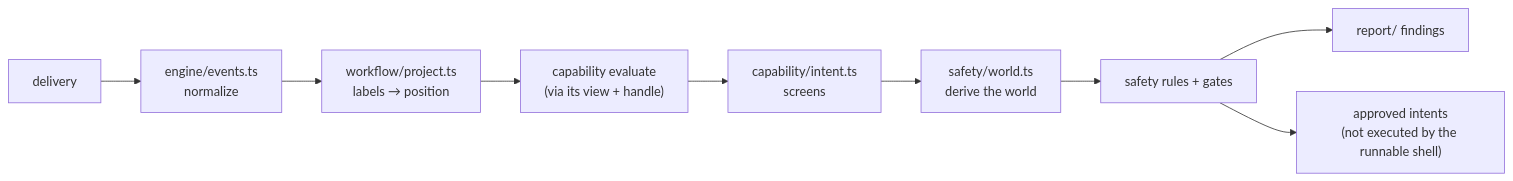
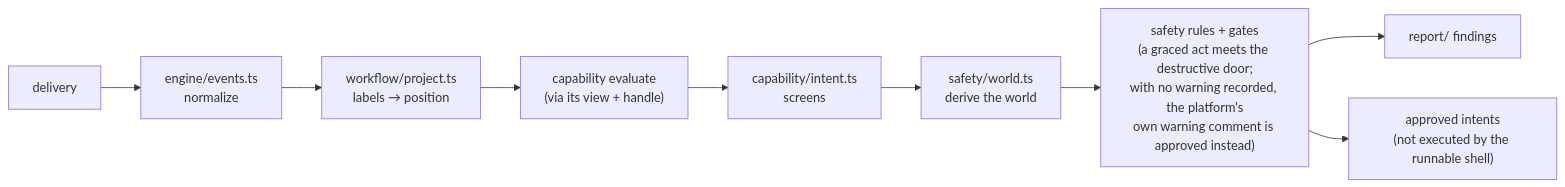
Before and after one commit to exploreriii/sdk-automations: the first of 3 diagrams in packages/core/README.md, drawn with Mermaid. The commit also changed other lines of this file and 460 other files, not shown here.

````diff
--- a/packages/core/README.md
+++ b/packages/core/README.md
@@ -14,17 +15,20 @@
 ```mermaid
 flowchart LR
     D["delivery"] --> N["engine/events.ts
 normalize"]
     N --> P["workflow/project.ts
 labels → position"]
     P --> E["capability evaluate
 (via its view + handle)"]
     E --> S["capability/intent.ts
 screens"]
     S --> W["safety/world.ts
 derive the world"]
-    W --> G["safety rules + gates"]
+    W --> G["safety rules + gates
+(a graced act meets the destructive door;
+with no warning recorded, the platform's
+own warning comment is approved instead)"]
     G --> R["report/ findings"]
     G --> A["approved intents
 (not executed by the runnable shell)"]
 ```
````
